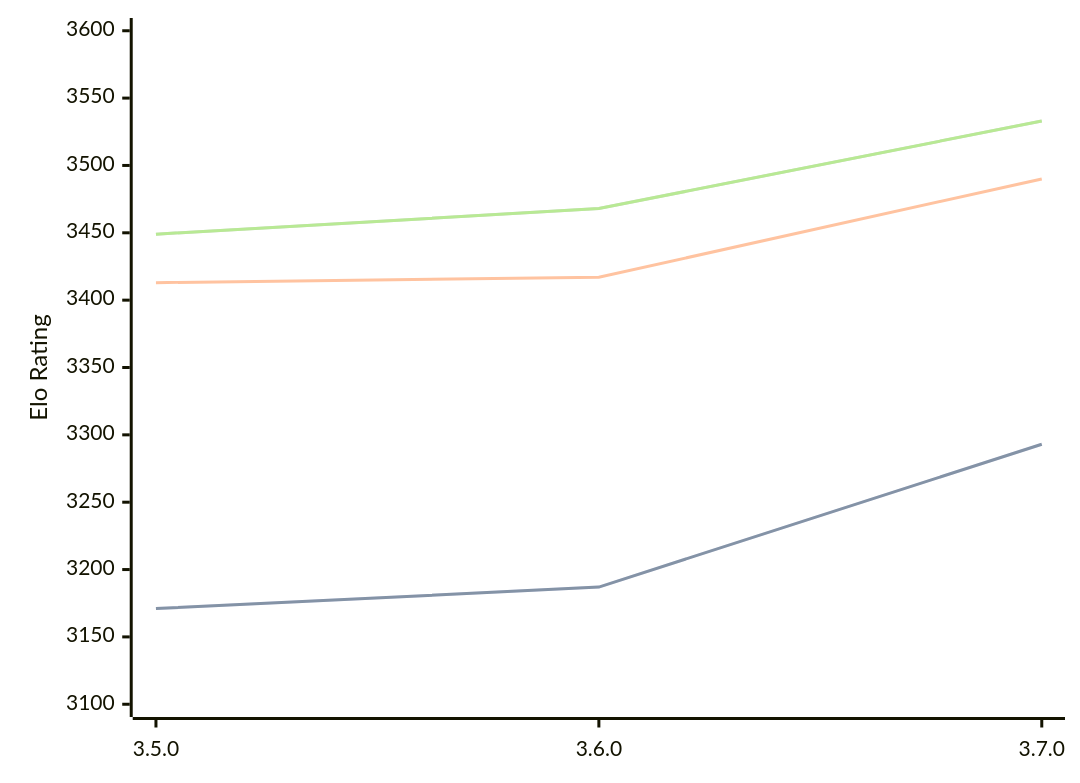
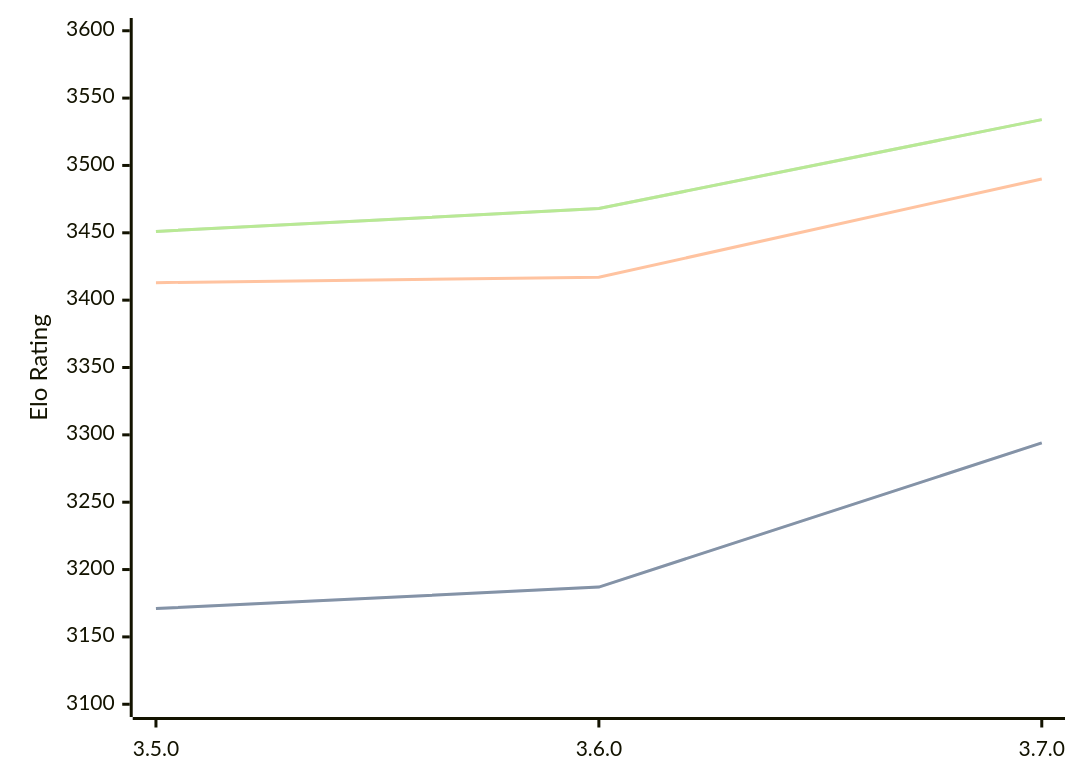
The diagram in engines/Igel.md (computer-chess-index/cci), drawn with Mermaid before and after one commit. The commit also changed other lines of this file, not shown here.

Commit message:
Update CCI Ratings (ELO VLTC) - 2026-09-26

````diff
--- a/engines/Igel.md
+++ b/engines/Igel.md
@@ -33,11 +33,11 @@
 ```mermaid
 %%{init: {"theme":"base","themeVariables":{"seriesColors:['#a3a3a3','#222221','#faa371']}}}%%
 xychart-beta
   x-axis ["3.5.0", "3.6.0", "3.7.0"]
   y-axis "Elo Rating" 3100 --> 3600
-  line "" [3171, 3187, 3293]
-  line "STC (8.0+0.08s)" [3171, 3187, 3293]
+  line "" [3171, 3187, 3294]
+  line "STC (8.0+0.08s)" [3171, 3187, 3294]
   line "LTC (60.0+0.60s)" [3413, 3417, 3490]
-  line "" [3449, 3468, 3533]
-  line "VLTC (2m24s+1.12s)" [3449, 3468, 3533]
+  line "" [3451, 3468, 3534]
+  line "VLTC (2m24s+1.12s)" [3451, 3468, 3534]
 ```
````
